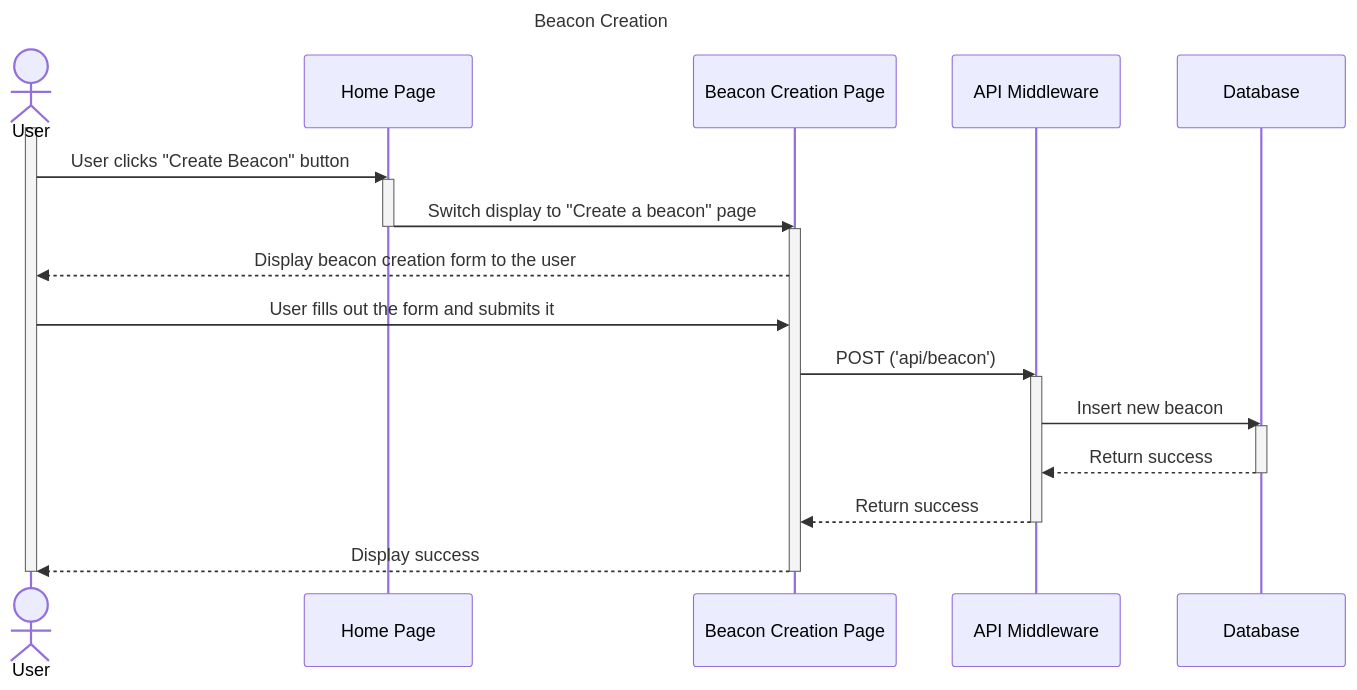
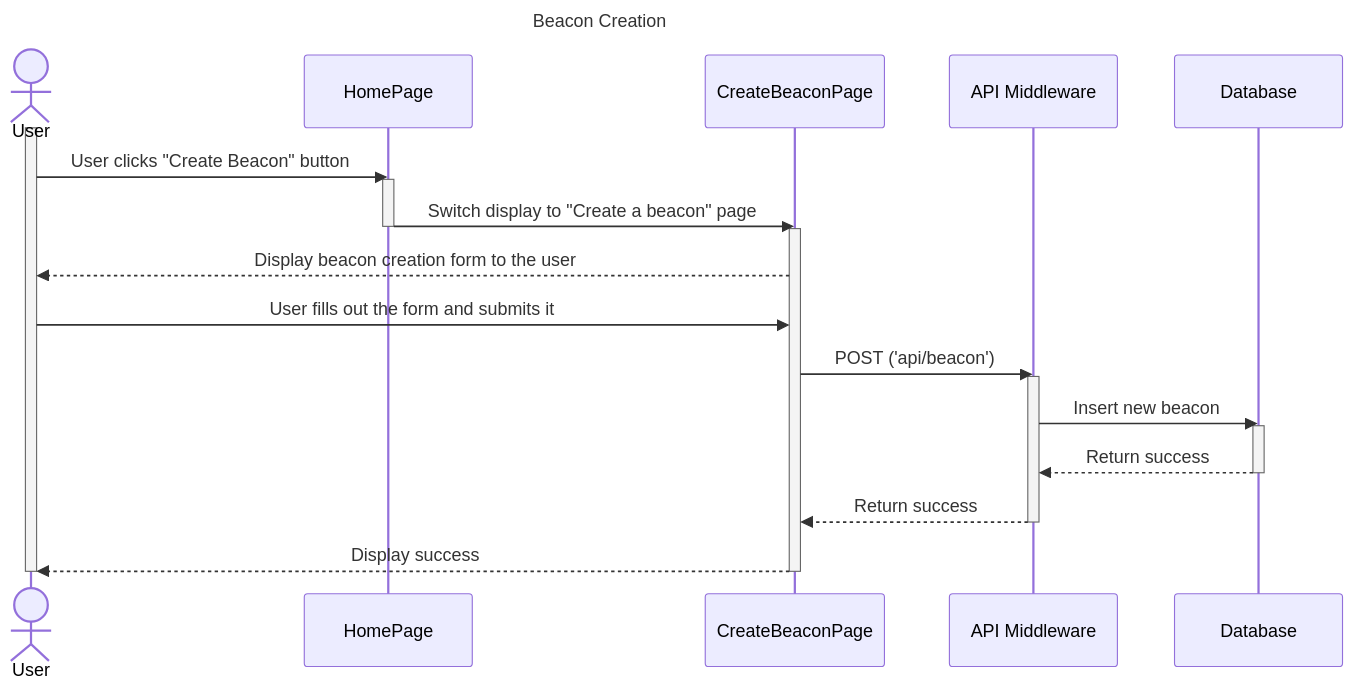
One commit to jenniferlieu/project-lomo-in-person-gaming-app changed the diagram in documentation/docs/system-architecture/sequencediagrams.md. Above: the diagram before and after it, drawn with Mermaid. The commit also changed 1 other file, not shown here.

Commit message:
Update use case 3 sequence diagram to match frontend class diagram

````diff
--- a/documentation/docs/system-architecture/sequencediagrams.md
+++ b/documentation/docs/system-architecture/sequencediagrams.md
@@ -9,48 +9,48 @@
 ```mermaid
 ---
 title: Beacon Creation
 ---
 sequenceDiagram
    # initialize actors and participants
    actor user as User
-   participant homePage as Home Page
-   participant beaconCreationPage as Beacon Creation Page
+   participant homePage as HomePage
+   participant createBeaconPage as CreateBeaconPage
    participant apiMiddleware as API Middleware
    participant database as Database
    
    # click "create beacon" button
    activate user
    user->>homePage: User clicks "Create Beacon" button
 
    # display to beacon creation page
    activate homePage
-   homePage->>beaconCreationPage: Switch display to "Create a beacon" page
+   homePage->>createBeaconPage: Switch display to "Create a beacon" page
    deactivate homePage
    
-   activate beaconCreationPage
-   beaconCreationPage-->>user: Display beacon creation form to the user
+   activate createBeaconPage
+   createBeaconPage-->>user: Display beacon creation form to the user
    
    # user fills out the form and submits it
-   user->>beaconCreationPage: User fills out the form and submits it
+   user->>createBeaconPage: User fills out the form and submits it
 
    # POST new beacon to middleware
-   beaconCreationPage->>apiMiddleware: POST ('api/beacon')
+   createBeaconPage->>apiMiddleware: POST ('api/beacon')
    activate apiMiddleware
    
    # insert new beacon into database
    apiMiddleware->>database: Insert new beacon
    activate database
 
    # return success
    database-->>apiMiddleware: Return success
    deactivate database
 
-   apiMiddleware-->>beaconCreationPage: Return success
+   apiMiddleware-->>createBeaconPage: Return success
    deactivate apiMiddleware
 
-   beaconCreationPage-->>user: Display success
-   deactivate beaconCreationPage
+   createBeaconPage-->>user: Display success
+   deactivate createBeaconPage
 
    # end
    deactivate user
 ```
````
